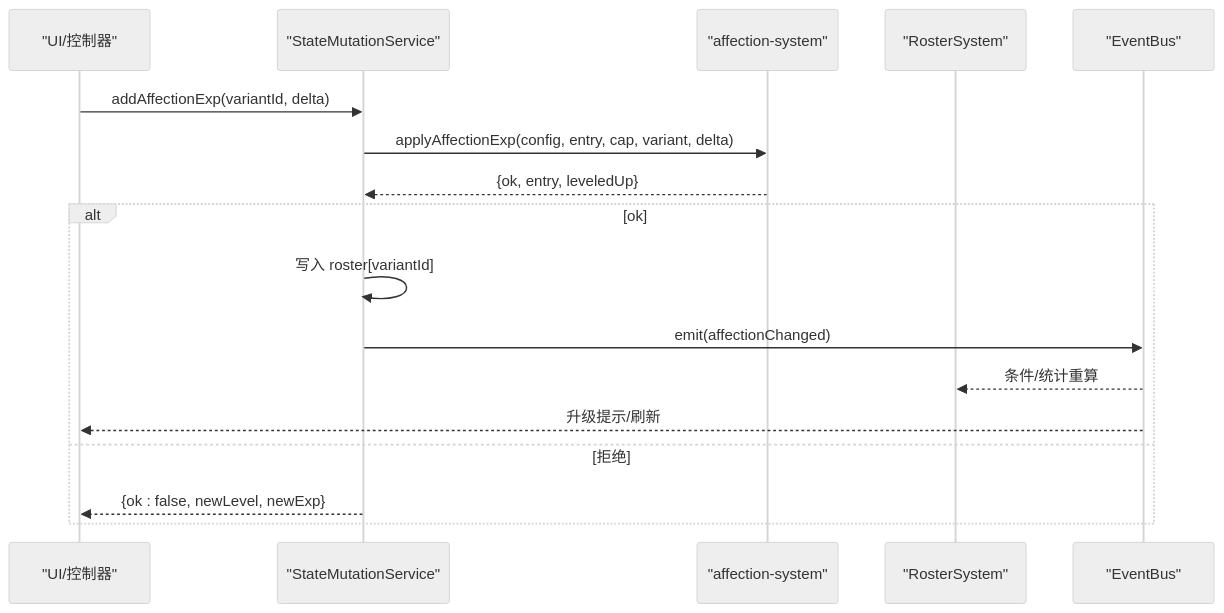
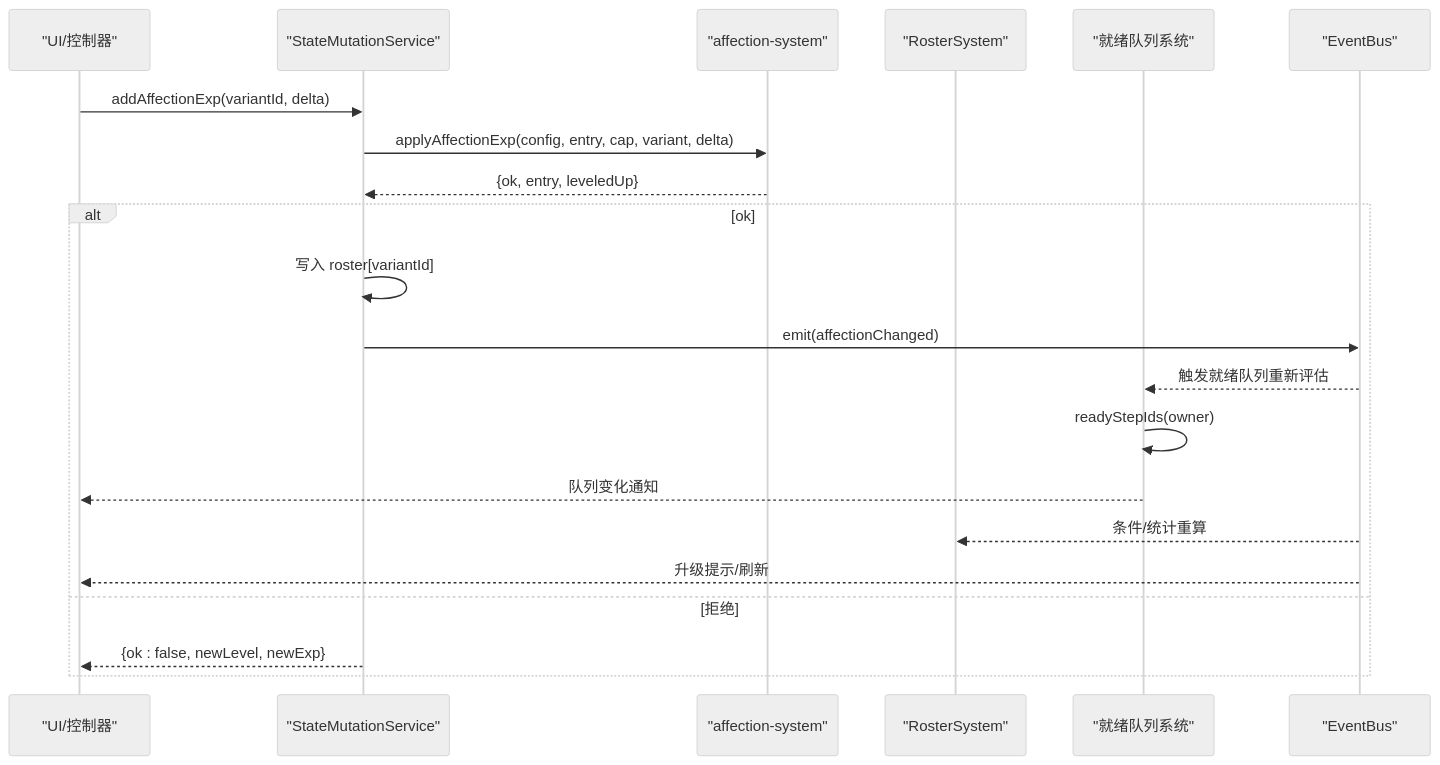
One commit to EsiLA9/Arona-Clicker changed the second of 8 diagrams in .qoder/repowiki/zh/content/游戏系统/羁绊系统.md. Above: the diagram before and after it, drawn with Mermaid (neutral theme). The commit also changed other lines of this file and 176 other files, not shown here.

````diff
--- a/.qoder/repowiki/zh/content/游戏系统/羁绊系统.md
+++ b/.qoder/repowiki/zh/content/游戏系统/羁绊系统.md
@@ -120,19 +143,23 @@
 ```mermaid
 sequenceDiagram
 participant UI as "UI/控制器"
 participant SMS as "StateMutationService"
 participant AS as "affection-system"
 participant RS as "RosterSystem"
+participant SQS as "就绪队列系统"
 participant EB as "EventBus"
 UI->>SMS : addAffectionExp(variantId, delta)
 SMS->>AS : applyAffectionExp(config, entry, cap, variant, delta)
 AS-->>SMS : {ok, entry, leveledUp}
 alt ok
 SMS->>SMS : 写入 roster[variantId]
 SMS->>EB : emit(affectionChanged)
+EB-->>SQS : 触发就绪队列重新评估
+SQS->>SQS : readyStepIds(owner)
+SQS-->>UI : 队列变化通知
 EB-->>RS : 条件/统计重算
 EB-->>UI : 升级提示/刷新
 else 拒绝
 SMS-->>UI : {ok : false, newLevel, newExp}
 end
 ```
````
